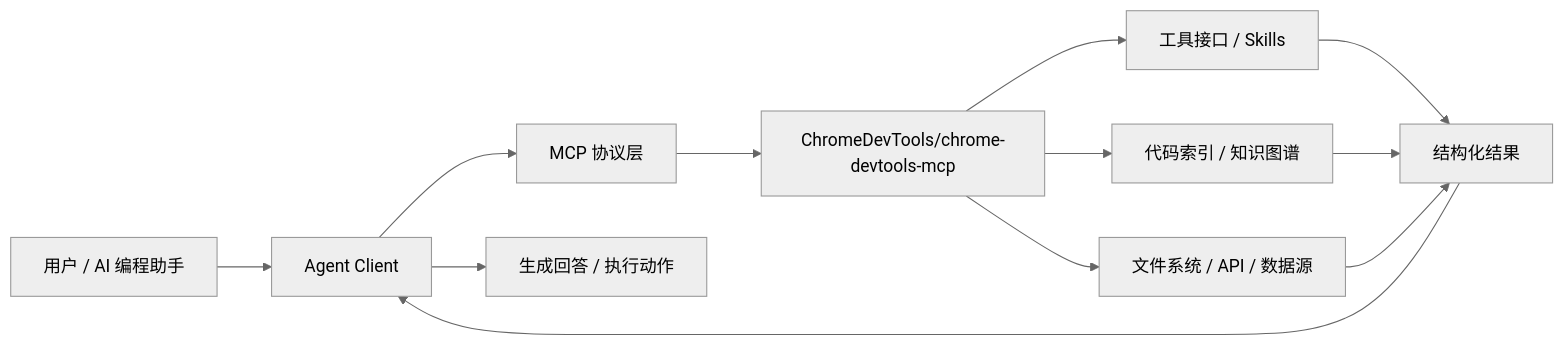
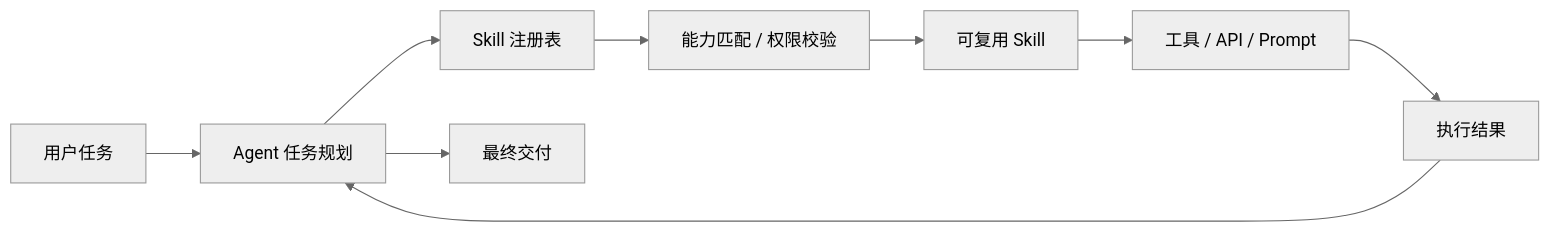
Before and after one commit to Lingwangla/github_trend: the first of 5 diagrams in TRENDING.md, drawn with Mermaid (neutral theme). The commit also changed other lines of this file and 2 other files, not shown here.

````diff
--- a/TRENDING.md
+++ b/TRENDING.md
@@ -72,14 +34,11 @@
 ```mermaid
 flowchart LR
-    User[用户 / AI 编程助手] --> Client[Agent Client]
-    Client --> Protocol[MCP 协议层]
-    Protocol --> Server[ChromeDevTools/chrome-devtools-mcp]
-    Server --> Tools[工具接口 / Skills]
-    Server --> Index[代码索引 / 知识图谱]
-    Server --> Data[文件系统 / API / 数据源]
-    Tools --> Result[结构化结果]
-    Index --> Result
-    Data --> Result
-    Result --> Client
-    Client --> Answer[生成回答 / 执行动作]
+    User[用户任务] --> Planner[Agent 任务规划]
+    Planner --> Registry[Skill 注册表]
+    Registry --> Select[能力匹配 / 权限校验]
+    Select --> Skill[可复用 Skill]
+    Skill --> Tool[工具 / API / Prompt]
+    Tool --> Observation[执行结果]
+    Observation --> Planner
+    Planner --> Output[最终交付]
 ```
````
